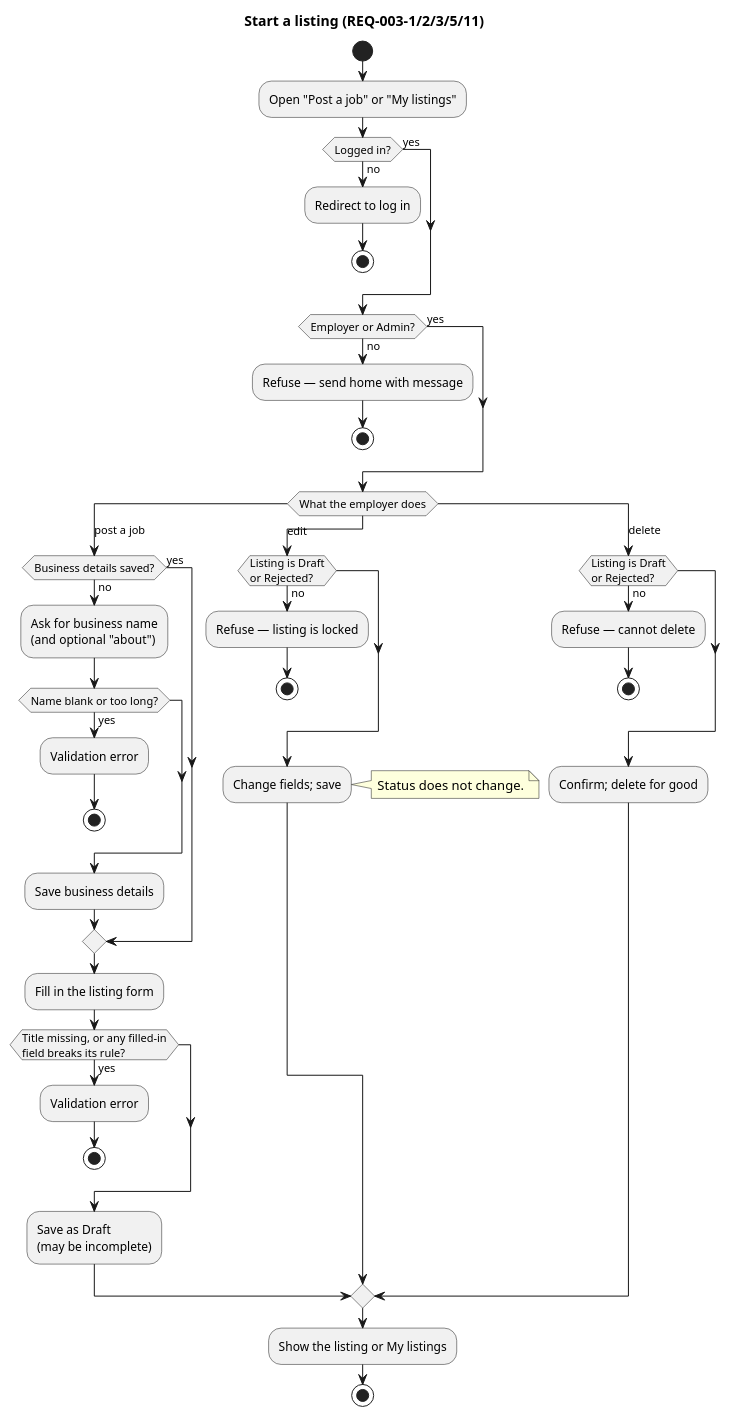
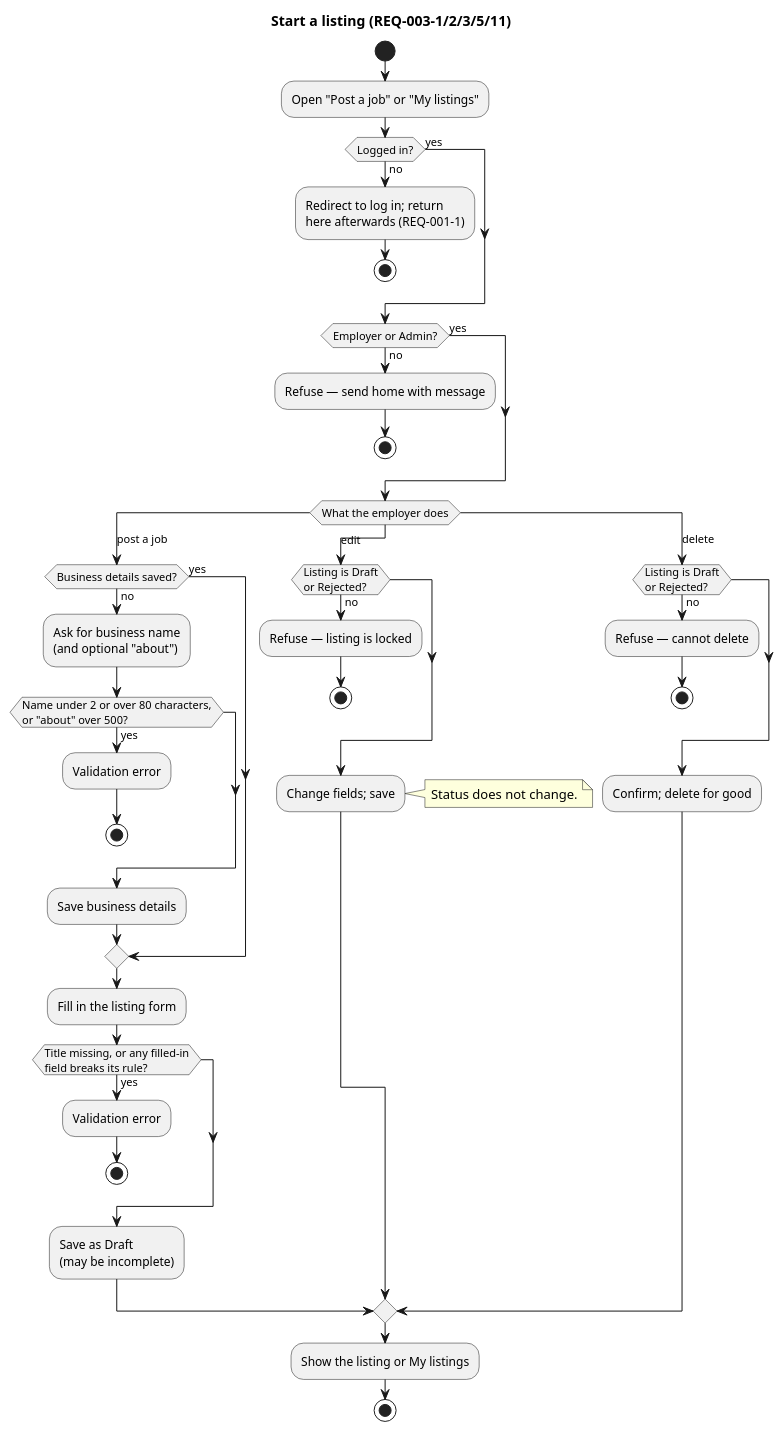
Before and after one commit to raseniero/jairojobs-elixir: the diagram in docs/specs/003-listings-employer-posting/diagrams/activity-start-a-listing.puml, drawn with PlantUML. The commit also changed 21 other files, not shown here.

Commit message:
docs: consistency pass after spec 003 review (specs 000 and 003, architecture, constitution examples)

```diff
--- a/docs/specs/003-listings-employer-posting/diagrams/activity-start-a-listing.puml
+++ b/docs/specs/003-listings-employer-posting/diagrams/activity-start-a-listing.puml
@@ -1,58 +1,59 @@
 @startuml activity-start-a-listing
 ' Spec 003 — employer area access, business details, creating / editing / deleting a draft
 ' (REQ-003-1, -2, -3, -5, -11)
 title Start a listing (REQ-003-1/2/3/5/11)
 
 start
 :Open "Post a job" or "My listings";
 if (Logged in?) then (no)
-  :Redirect to log in;
+  :Redirect to log in; return
+  here afterwards (REQ-001-1);
   stop
 else (yes)
 endif
 if (Employer or Admin?) then (no)
   :Refuse — send home with message;
   stop
 else (yes)
 endif
 switch (What the employer does)
 case (post a job)
   if (Business details saved?) then (no)
     :Ask for business name
     (and optional "about");
-    if (Name blank or too long?) then (yes)
+    if (Name under 2 or over 80 characters,\nor "about" over 500?) then (yes)
       :Validation error;
       stop
     endif
     :Save business details;
   else (yes)
   endif
   :Fill in the listing form;
   if (Title missing, or any filled-in
 field breaks its rule?) then (yes)
     :Validation error;
     stop
   endif
   :Save as Draft
   (may be incomplete);
 case (edit)
   if (Listing is Draft
 or Rejected?) then (no)
     :Refuse — listing is locked;
     stop
   endif
   :Change fields; save;
   note right
     Status does not change.
   end note
 case (delete)
   if (Listing is Draft
 or Rejected?) then (no)
     :Refuse — cannot delete;
     stop
   endif
   :Confirm; delete for good;
 endswitch
 :Show the listing or My listings;
 stop
 @enduml
```
